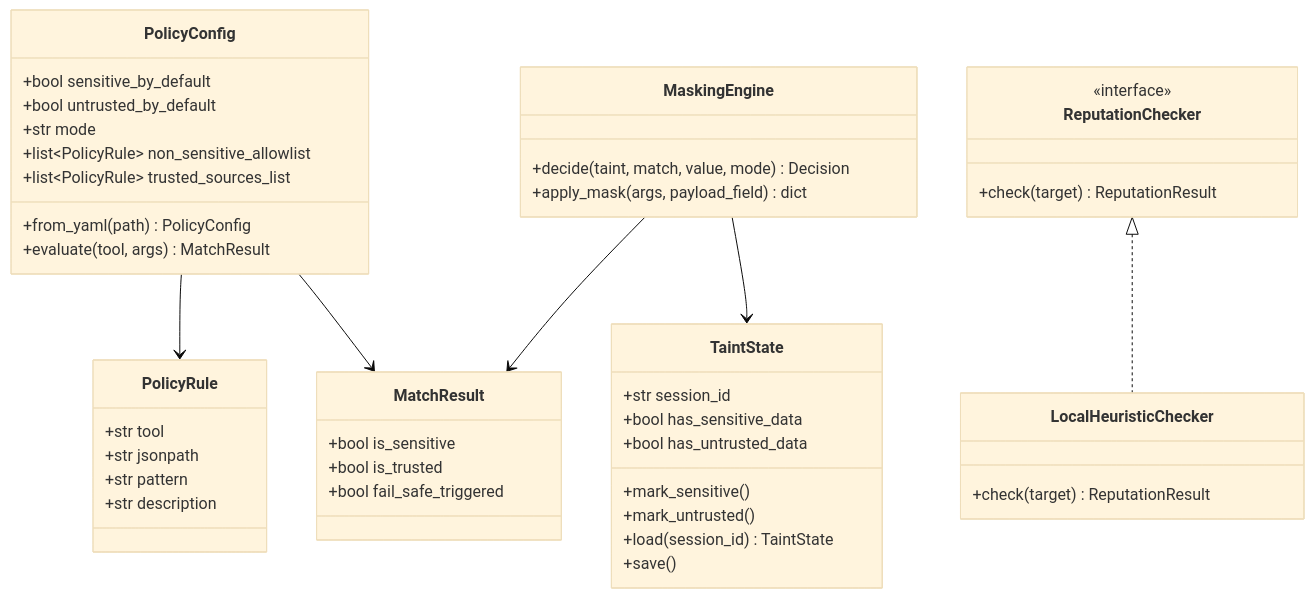
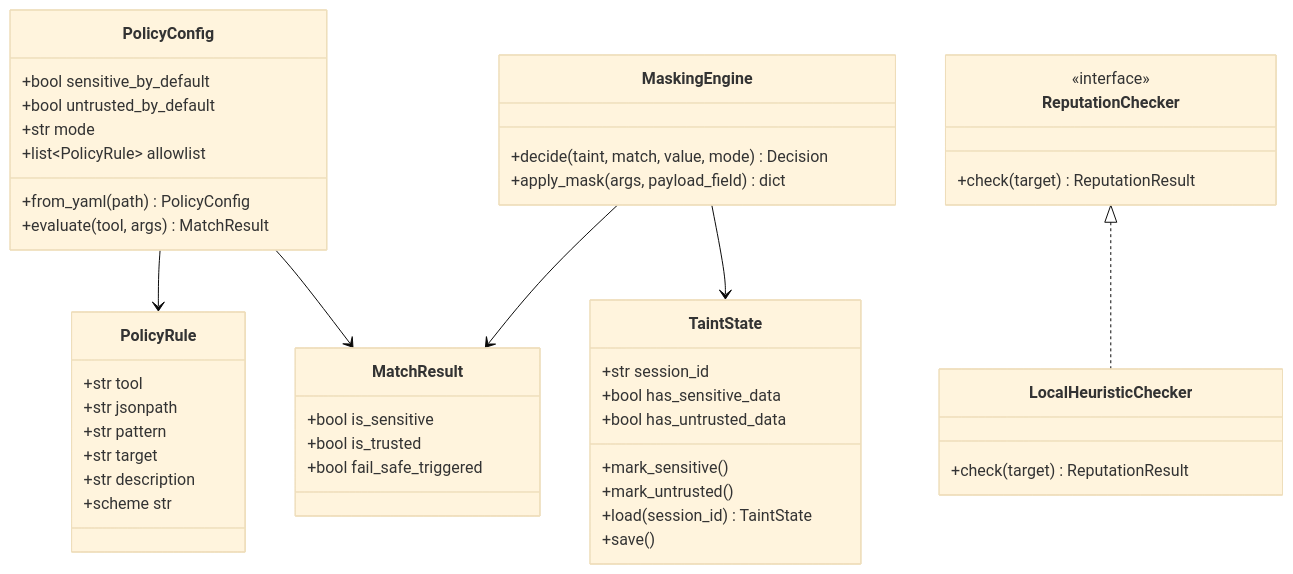
The second of 4 diagrams in docs/ARCHITECTURE.md (drusifer/Scalene), drawn with Mermaid (base theme) before and after one commit. The commit also changed other lines of this file and 17 other files, not shown here.

First line of the commit message:
Unify allowlist/trust-list into one URI-scheme-keyed allowlist

````diff
--- a/docs/ARCHITECTURE.md
+++ b/docs/ARCHITECTURE.md
@@ -42,48 +42,49 @@
 ```mermaid
 classDiagram
     class TaintState {
         +str session_id
         +bool has_sensitive_data
         +bool has_untrusted_data
         +mark_sensitive()
         +mark_untrusted()
         +load(session_id) TaintState
         +save()
     }
     class PolicyRule {
         +str tool
         +str jsonpath
         +str pattern
+        +str target
         +str description
+        +scheme str
     }
     class PolicyConfig {
         +bool sensitive_by_default
         +bool untrusted_by_default
         +str mode
-        +list~PolicyRule~ non_sensitive_allowlist
-        +list~PolicyRule~ trusted_sources_list
+        +list~PolicyRule~ allowlist
         +from_yaml(path) PolicyConfig
         +evaluate(tool, args) MatchResult
     }
     class MatchResult {
         +bool is_sensitive
         +bool is_trusted
         +bool fail_safe_triggered
     }
     class MaskingEngine {
         +decide(taint, match, value, mode) Decision
         +apply_mask(args, payload_field) dict
     }
     class ReputationChecker {
         <<interface>>
         +check(target) ReputationResult
     }
     class LocalHeuristicChecker {
         +check(target) ReputationResult
     }
     ReputationChecker <|.. LocalHeuristicChecker
     PolicyConfig --> PolicyRule
     PolicyConfig --> MatchResult
     MaskingEngine --> MatchResult
     MaskingEngine --> TaintState
 ```
````
